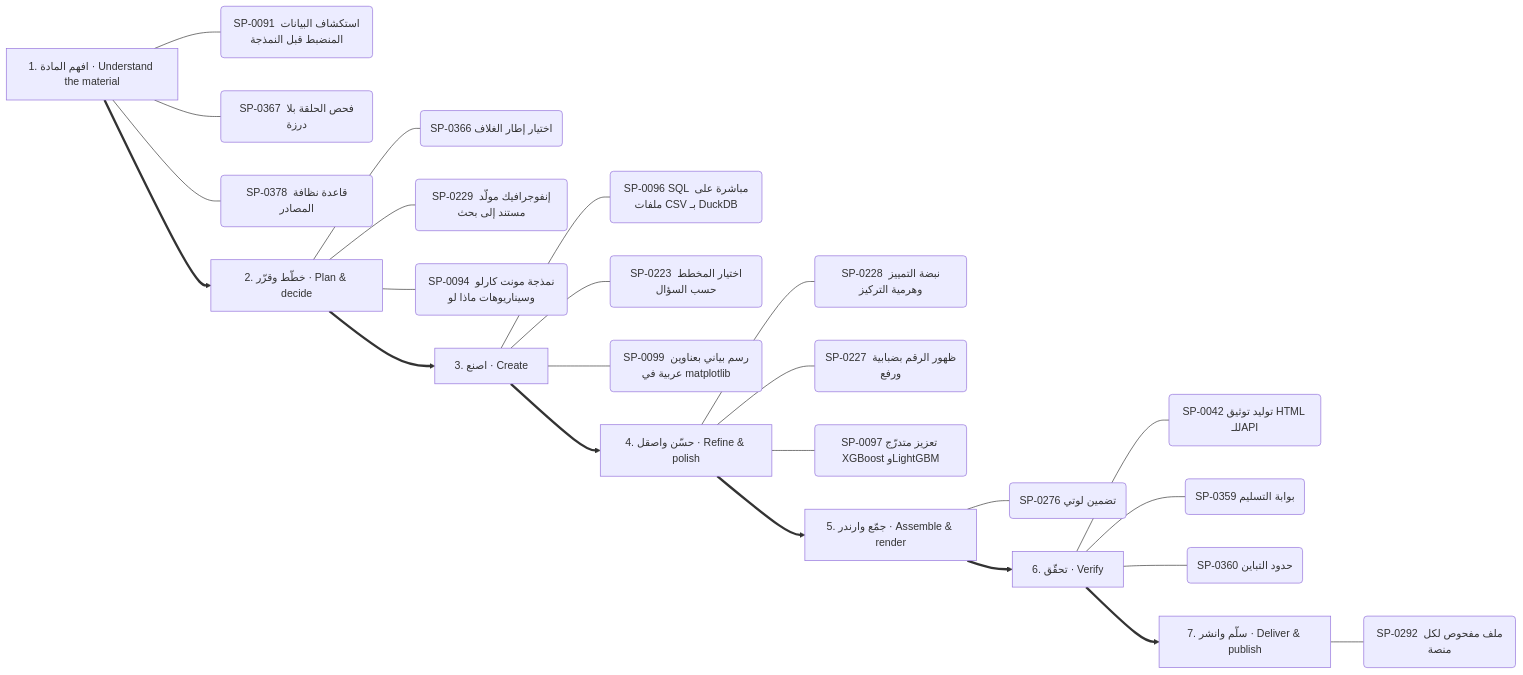
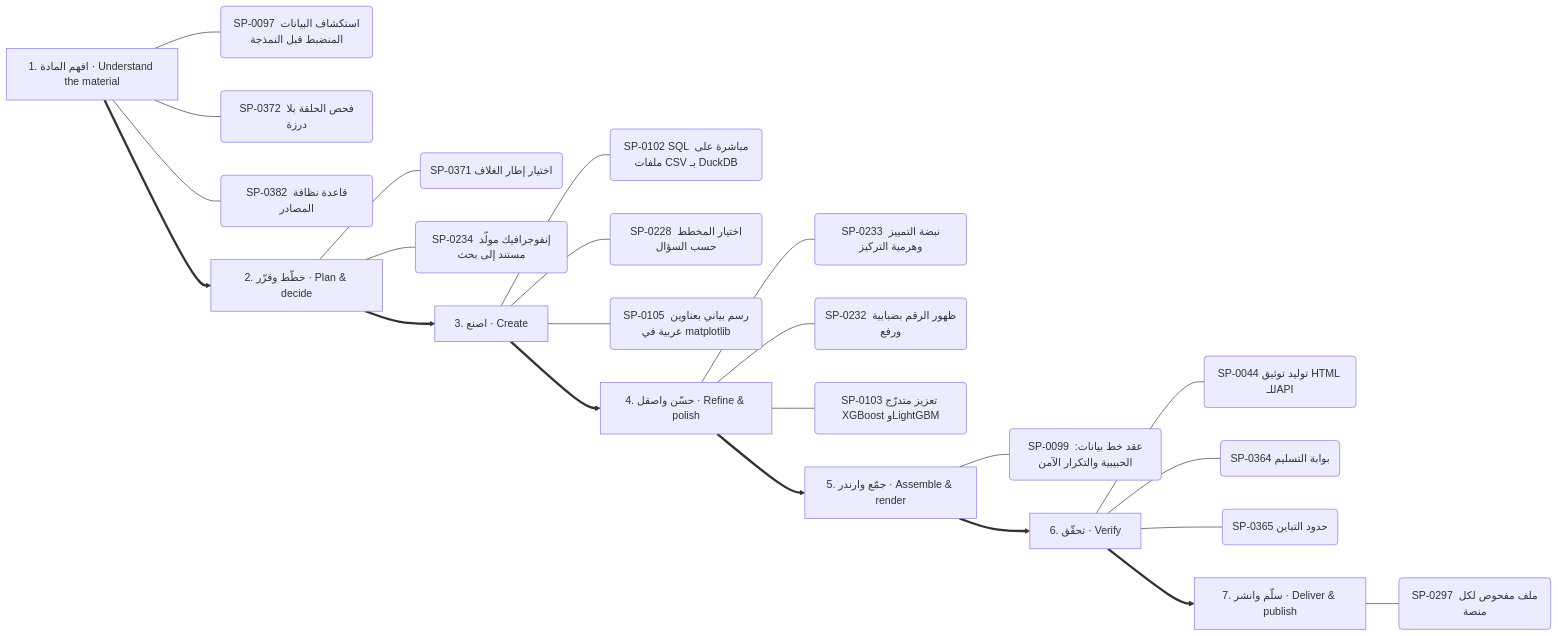
Diagram 12 of 13 in .claude/skills/kosif-superpowers/references/capability-mindmap.md (kosif199022-jpg/kosif-tool), drawn with Mermaid before and after one commit. The commit also changed other lines of this file and 1314 other files, not shown here.

````diff
--- a/.claude/skills/kosif-superpowers/references/capability-mindmap.md
+++ b/.claude/skills/kosif-superpowers/references/capability-mindmap.md
@@ -597,33 +603,32 @@
 ```mermaid
 flowchart LR
   S0["1. افهم المادة · Understand the material"]
-  S0 --- S0_0("SP-0091 استكشاف البيانات المنضبط قبل النمذجة")
-  S0 --- S0_1("SP-0367 فحص الحلقة بلا درزة")
-  S0 --- S0_2("SP-0378 قاعدة نظافة المصادر")
+  S0 --- S0_0("SP-0097 استكشاف البيانات المنضبط قبل النمذجة")
+  S0 --- S0_1("SP-0372 فحص الحلقة بلا درزة")
+  S0 --- S0_2("SP-0382 قاعدة نظافة المصادر")
   S1["2. خطّط وقرّر · Plan & decide"]
-  S1 --- S1_0("SP-0366 اختيار إطار الغلاف")
-  S1 --- S1_1("SP-0229 إنفوجرافيك مولَّد مستند إلى بحث")
-  S1 --- S1_2("SP-0094 نمذجة مونت كارلو وسيناريوهات ماذا لو")
+  S1 --- S1_0("SP-0371 اختيار إطار الغلاف")
+  S1 --- S1_1("SP-0234 إنفوجرافيك مولَّد مستند إلى بحث")
   S0 ==> S1
   S2["3. اصنع · Create"]
-  S2 --- S2_0("SP-0096 SQL مباشرة على ملفات CSV بـ DuckDB")
-  S2 --- S2_1("SP-0223 اختيار المخطط حسب السؤال")
-  S2 --- S2_2("SP-0099 رسم بياني بعناوين عربية في matplotlib")
+  S2 --- S2_0("SP-0102 SQL مباشرة على ملفات CSV بـ DuckDB")
+  S2 --- S2_1("SP-0228 اختيار المخطط حسب السؤال")
+  S2 --- S2_2("SP-0105 رسم بياني بعناوين عربية في matplotlib")
   S1 ==> S2
   S3["4. حسّن واصقل · Refine & polish"]
-  S3 --- S3_0("SP-0228 نبضة التمييز وهرمية التركيز")
-  S3 --- S3_1("SP-0227 ظهور الرقم بضبابية ورفع")
-  S3 --- S3_2("SP-0097 تعزيز متدرّج XGBoost وLightGBM")
+  S3 --- S3_0("SP-0233 نبضة التمييز وهرمية التركيز")
+  S3 --- S3_1("SP-0232 ظهور الرقم بضبابية ورفع")
+  S3 --- S3_2("SP-0103 تعزيز متدرّج XGBoost وLightGBM")
   S2 ==> S3
   S4["5. جمّع وارندر · Assemble & render"]
-  S4 --- S4_0("SP-0276 تضمين لوتي")
+  S4 --- S4_0("SP-0099 عقد خط بيانات: الحبيبية والتكرار الآمن")
   S3 ==> S4
   S5["6. تحقّق · Verify"]
-  S5 --- S5_0("SP-0042 توليد توثيق HTML للـAPI")
-  S5 --- S5_1("SP-0359 بوابة التسليم")
-  S5 --- S5_2("SP-0360 حدود التباين")
+  S5 --- S5_0("SP-0044 توليد توثيق HTML للـAPI")
+  S5 --- S5_1("SP-0364 بوابة التسليم")
+  S5 --- S5_2("SP-0365 حدود التباين")
   S4 ==> S5
   S6["7. سلّم وانشر · Deliver & publish"]
-  S6 --- S6_0("SP-0292 ملف مفحوص لكل منصة")
+  S6 --- S6_0("SP-0297 ملف مفحوص لكل منصة")
   S5 ==> S6
 ```
````
